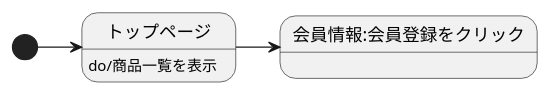
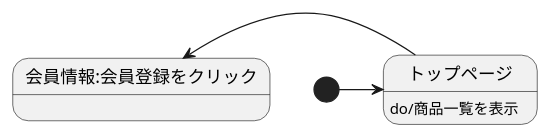
Before and after one commit to Aso2001224/2021sys-design: the diagram in 画面遷移図(original).md, drawn with PlantUML.

````diff
--- a/画面遷移図(original).md
+++ b/画面遷移図(original).md
@@ -1,7 +1,7 @@
 ```uml
 @startuml
 [*]->トップページ
 トップページ:do/商品一覧を表示
-トップページ->会員情報:会員登録をクリック
+トップページ-left>会員情報:会員登録をクリック
 @enduml
 ```
````
